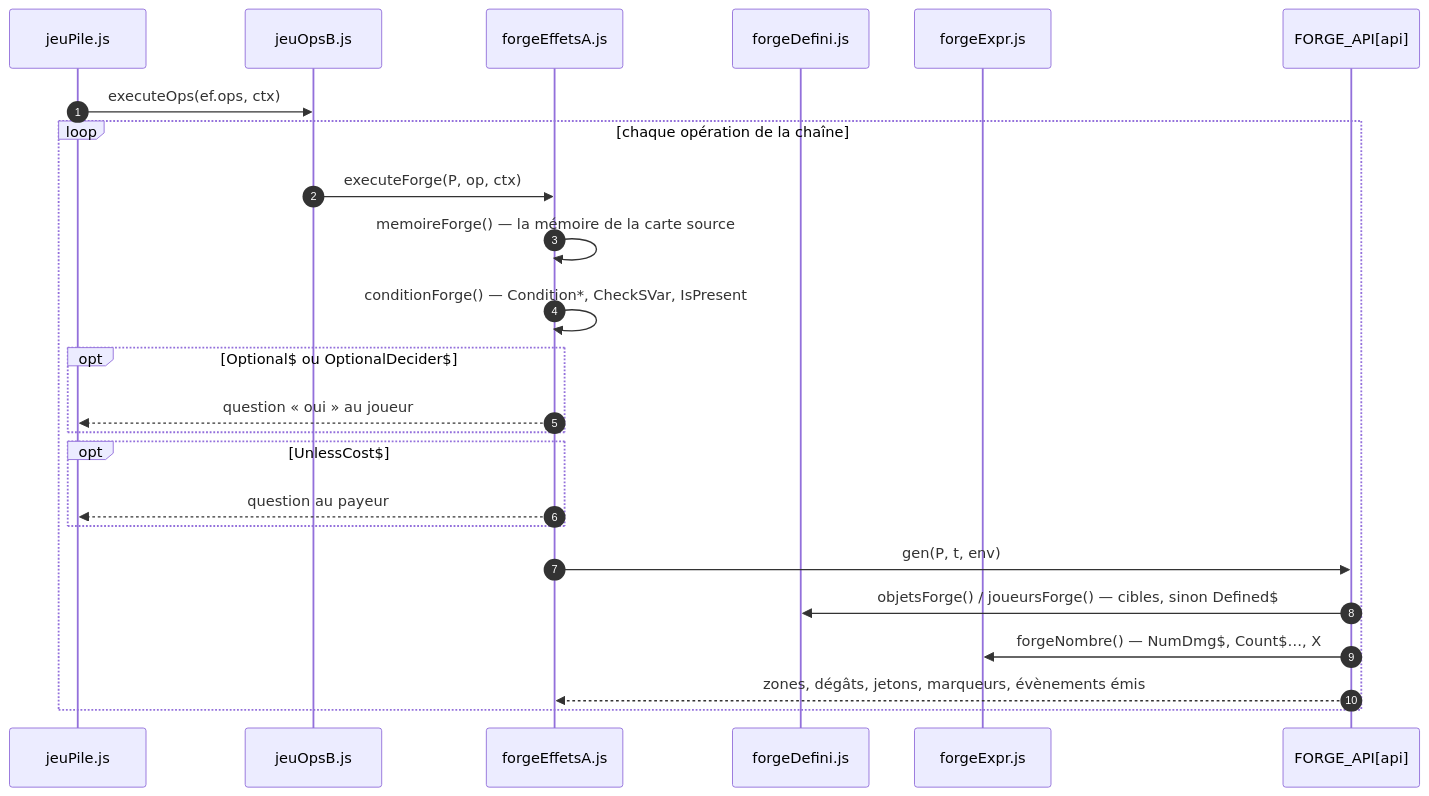
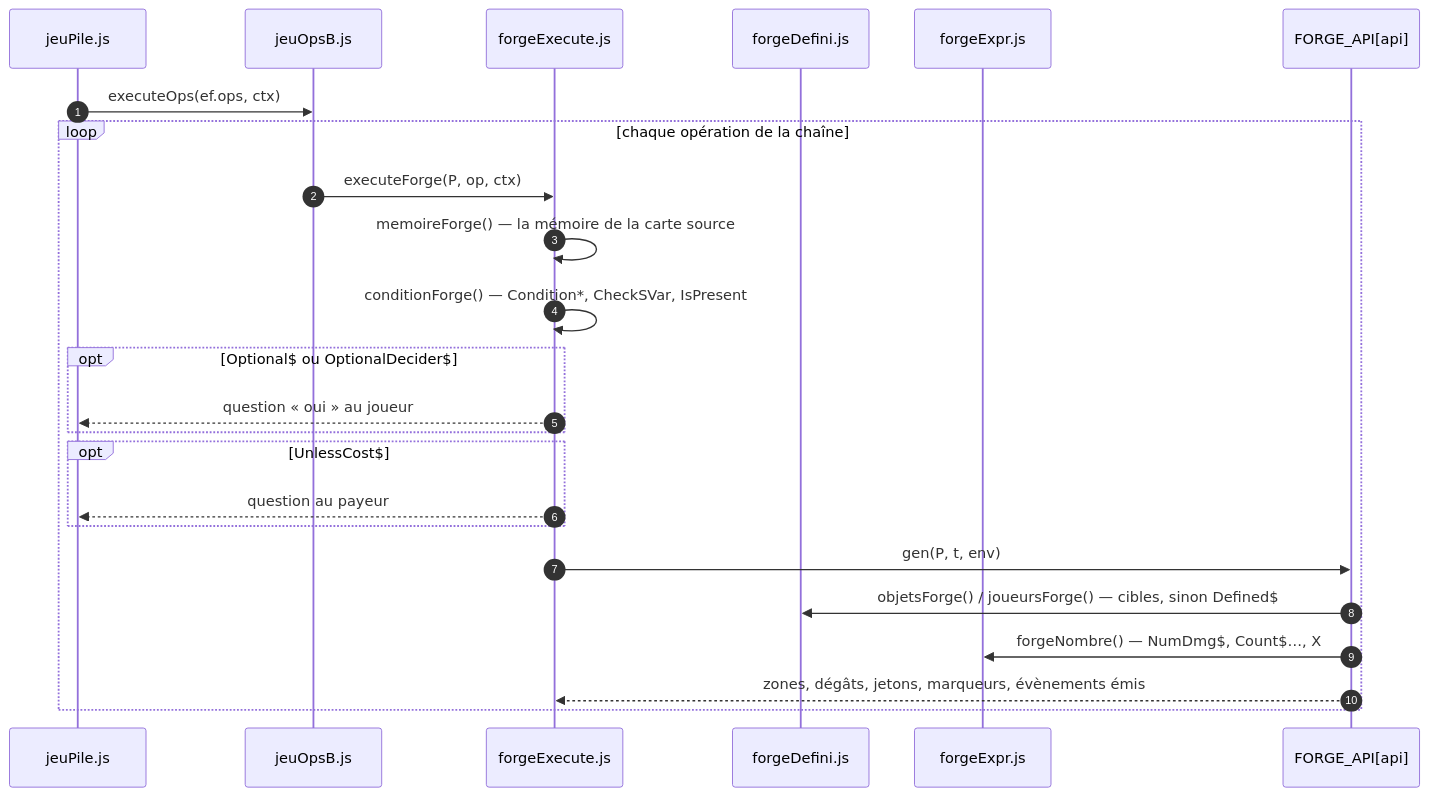
Before and after one commit to HJoudrier/MtgDeckBuilder_v3: diagram 25 of 27 in PARCOURS.md, drawn with Mermaid. The commit also changed 16 other files, not shown here.

````diff
--- a/PARCOURS.md
+++ b/PARCOURS.md
@@ -949,27 +949,27 @@
 ```mermaid
 sequenceDiagram
     autonumber
     participant PILE as jeuPile.js
     participant OPS as jeuOpsB.js
-    participant FA as forgeEffetsA.js
+    participant FA as forgeExecute.js
     participant DEF as forgeDefini.js
     participant EX as forgeExpr.js
     participant API as FORGE_API[api]
 
     PILE->>OPS: executeOps(ef.ops, ctx)
     loop chaque opération de la chaîne
         OPS->>FA: executeForge(P, op, ctx)
         FA->>FA: memoireForge() — la mémoire de la carte source
         FA->>FA: conditionForge() — Condition*, CheckSVar, IsPresent
         opt Optional$ ou OptionalDecider$
             FA-->>PILE: question « oui » au joueur
         end
         opt UnlessCost$
             FA-->>PILE: question au payeur
         end
         FA->>API: gen(P, t, env)
         API->>DEF: objetsForge() / joueursForge() — cibles, sinon Defined$
         API->>EX: forgeNombre() — NumDmg$, Count$…, X
         API-->>FA: zones, dégâts, jetons, marqueurs, évènements émis
     end
 ```
````
